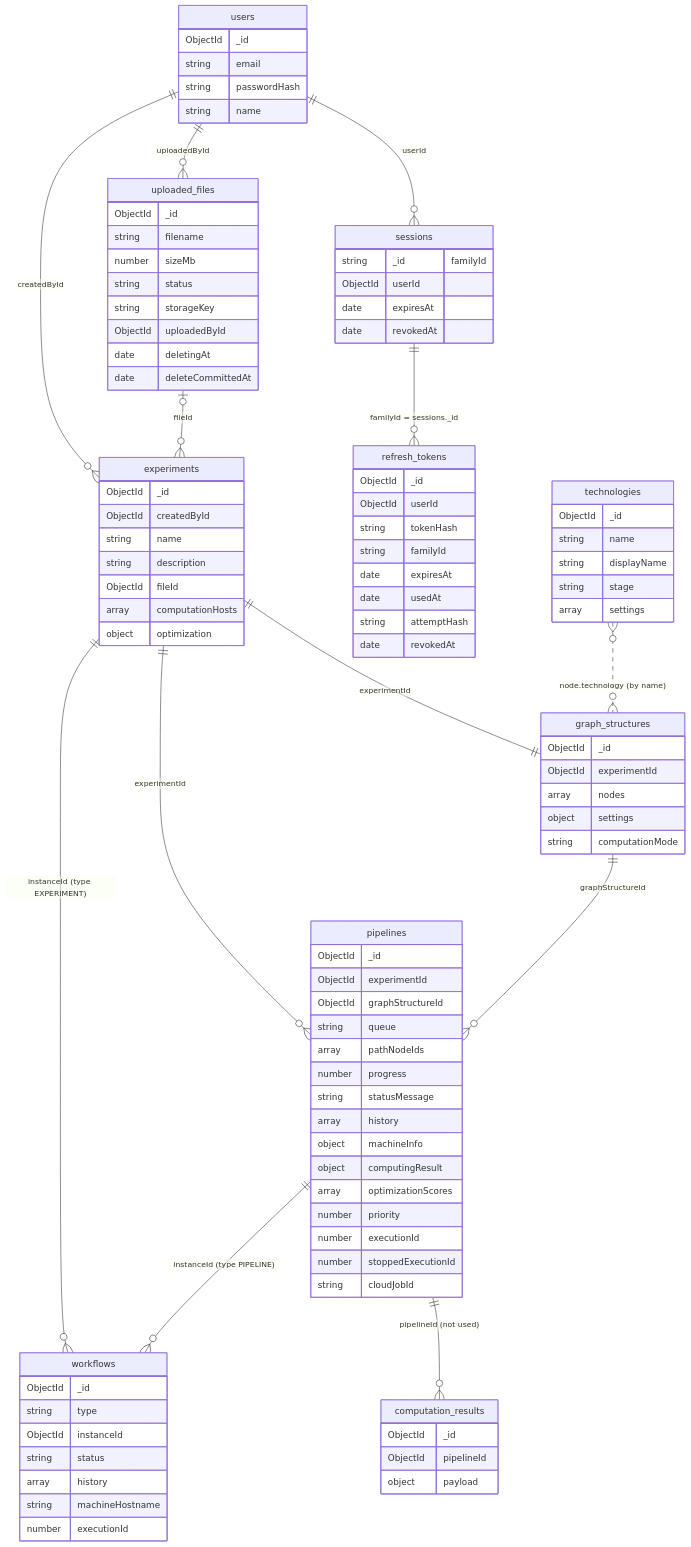
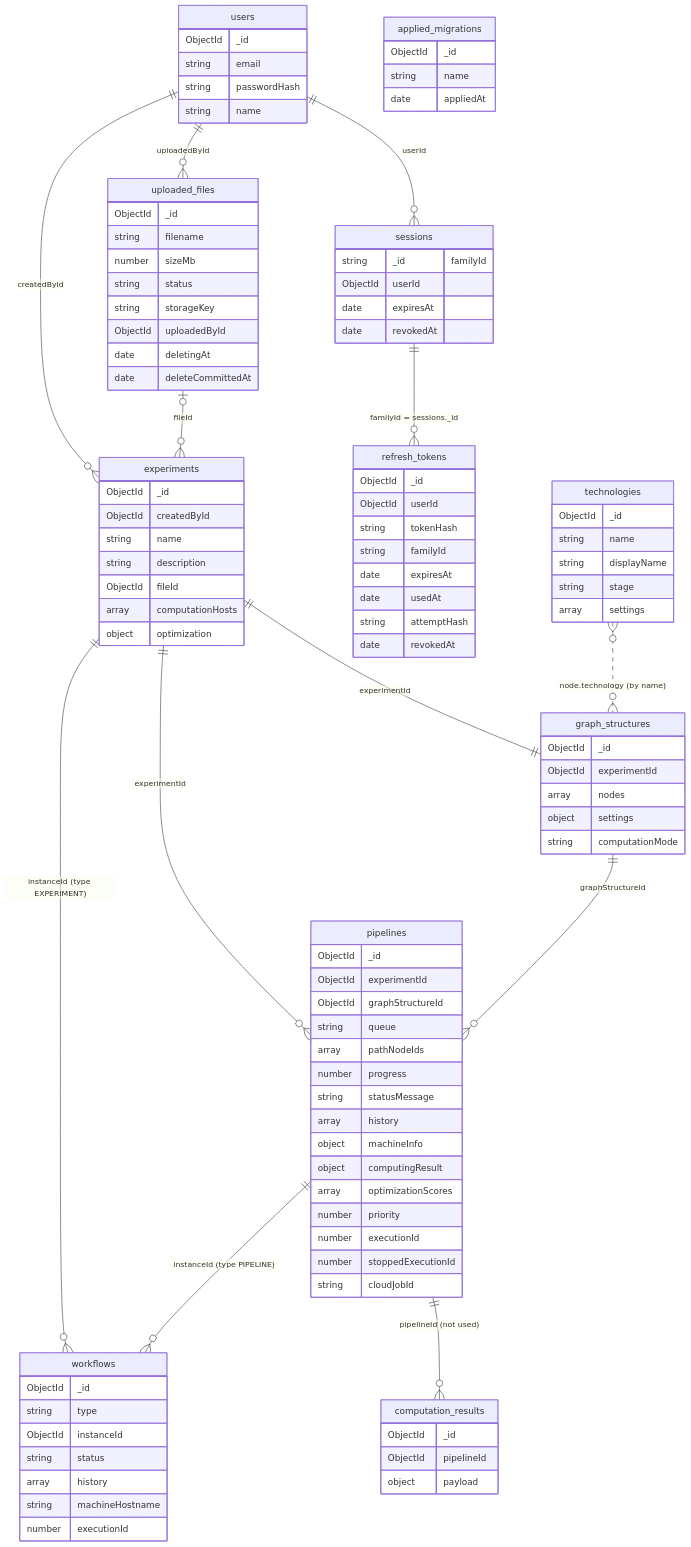
The diagram in docs/architecture/data-model.md (tntu-stefanyshyn/classification-pipeline), drawn with Mermaid before and after one commit. The commit also changed other lines of this file and 2 other files, not shown here.

First line of the commit message:
docs(architecture): refresh the data model and the limitations after the index change

```diff
--- a/docs/architecture/data-model.md
+++ b/docs/architecture/data-model.md
@@ -38,6 +38,11 @@
         date usedAt
         string attemptHash
         date revokedAt
+    }
+    applied_migrations {
+        ObjectId _id
+        string name
+        date appliedAt
     }
     experiments {
         ObjectId _id
```
